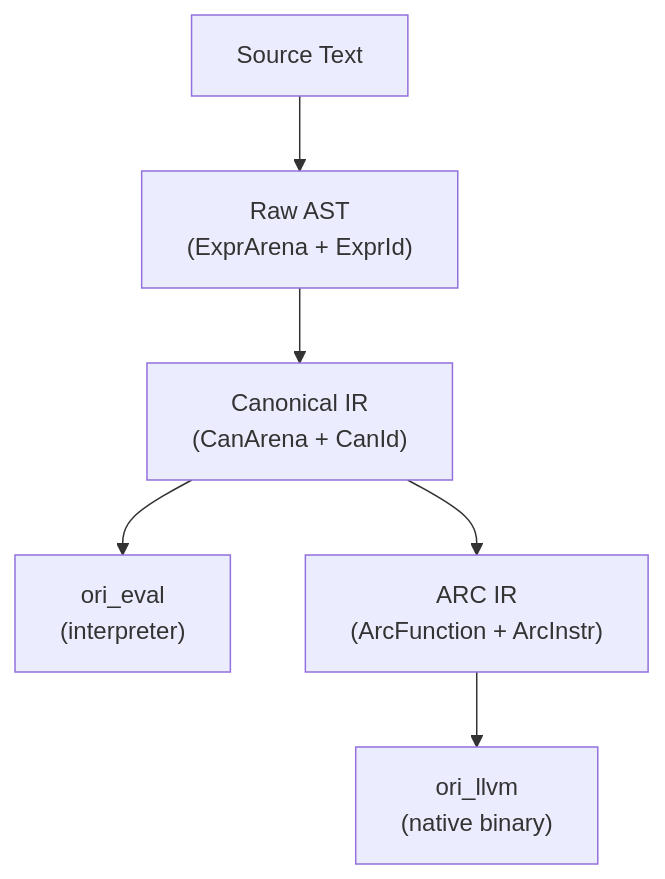
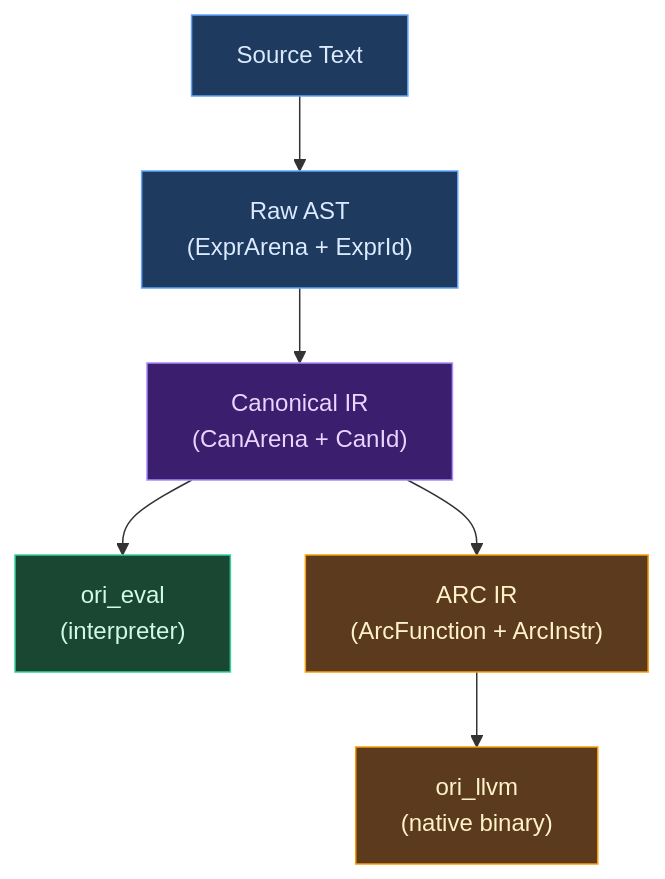
The diagram in docs/compiler/design/02-intermediate-representation/index.md (upstat-io/ori-lang), drawn with Mermaid before and after one commit. The commit also changed other lines of this file and 152 other files, not shown here.

````diff
--- a/docs/compiler/design/02-intermediate-representation/index.md
+++ b/docs/compiler/design/02-intermediate-representation/index.md
@@ -12,13 +114,23 @@
 ```mermaid
 flowchart TB
     source["Source Text"] --> ast["Raw AST
-(ExprArena + ExprId)"]
+    (ExprArena + ExprId)"]
     ast --> canon["Canonical IR
-(CanArena + CanId)"]
+    (CanArena + CanId)"]
     canon --> interp["ori_eval
-(interpreter)"]
+    (interpreter)"]
     canon --> arc["ARC IR
-(ArcFunction + ArcInstr)"]
+    (ArcFunction + ArcInstr)"]
     arc --> llvm["ori_llvm
-(native binary)"]
+    (native binary)"]
+
+    classDef frontend fill:#1e3a5f,stroke:#60a5fa,color:#dbeafe
+    classDef canon fill:#3b1f6e,stroke:#a78bfa,color:#e9d5ff
+    classDef interpreter fill:#1a4731,stroke:#34d399,color:#d1fae5
+    classDef native fill:#5c3a1e,stroke:#f59e0b,color:#fef3c7
+
+    class source,ast frontend
+    class canon canon
+    class interp interpreter
+    class arc,llvm native
 ```
````
